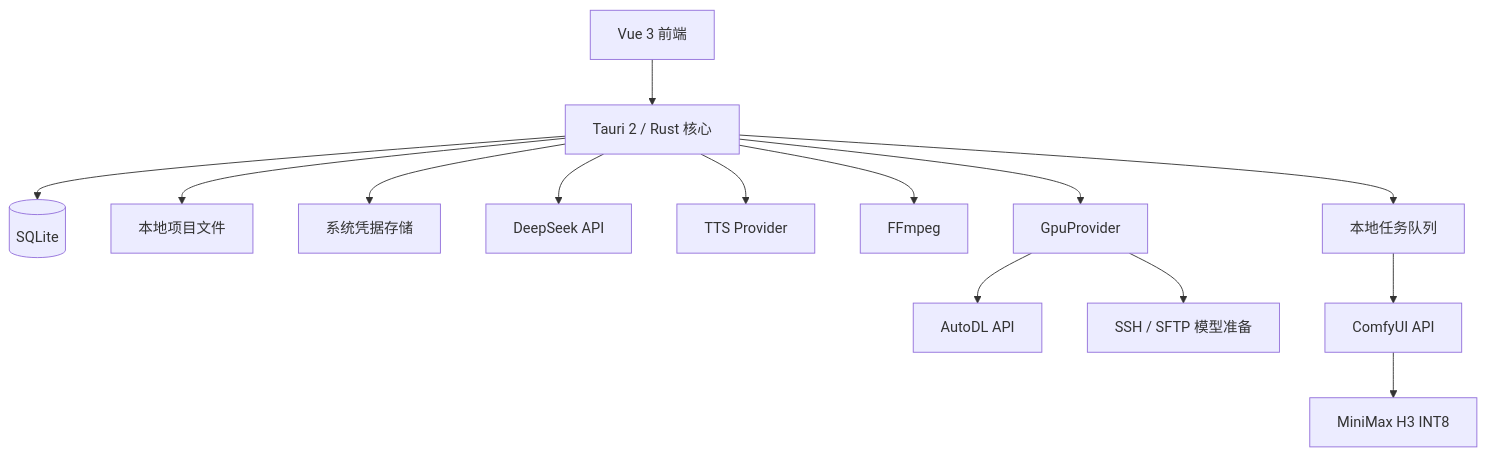
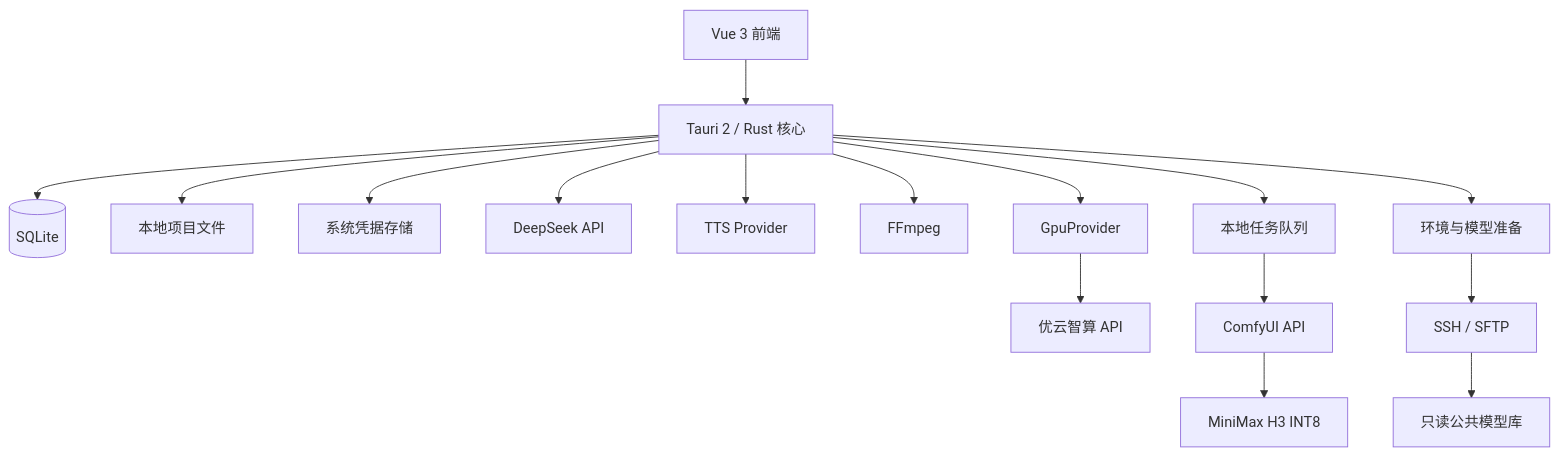
Before and after one commit to woniu101/zhihua: the fifth of 5 diagrams in MVP.md, drawn with Mermaid. The commit also changed other lines of this file and 71 other files, not shown here.

````diff
--- a/MVP.md
+++ b/MVP.md
@@ -560,16 +628,18 @@
 ```mermaid
 flowchart TB
     UI[Vue 3 前端] --> CORE[Tauri 2 / Rust 核心]
     CORE --> DB[(SQLite)]
     CORE --> FILES[本地项目文件]
     CORE --> KEYCHAIN[系统凭据存储]
     CORE --> LLM[DeepSeek API]
     CORE --> TTS[TTS Provider]
     CORE --> FFMPEG[FFmpeg]
     CORE --> JOBS[本地任务队列]
     CORE --> GPU[GpuProvider]
-    GPU --> AUTODL[AutoDL API]
-    GPU --> SSH[SSH / SFTP 模型准备]
+    GPU --> CLOUD[优云智算 API]
+    CORE --> PREP[环境与模型准备]
+    PREP --> SSH[SSH / SFTP]
+    SSH --> MODELS[只读公共模型库]
     JOBS --> COMFY[ComfyUI API]
     COMFY --> H3[MiniMax H3 INT8]
 ```
````
